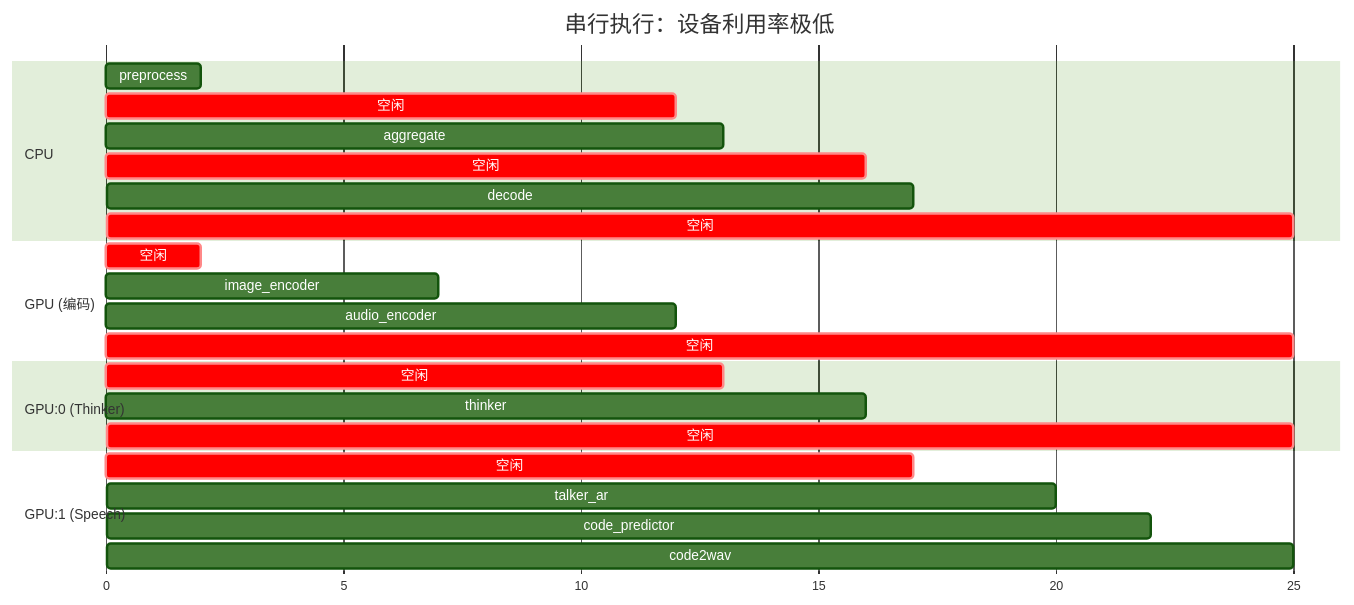
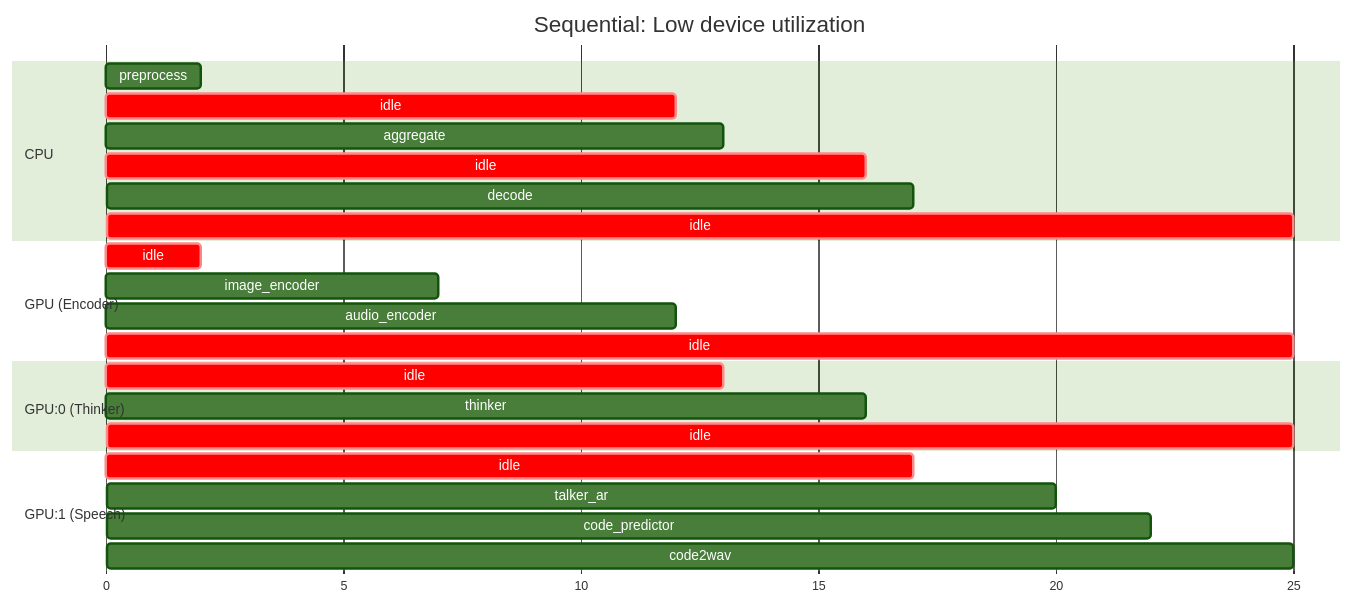
One commit to zhaochenyang20/Awesome-ML-SYS-Tutorial changed the ninth of 31 diagrams in sglang/sglang-omni/README.md. Above: the diagram before and after it, drawn with Mermaid (forest theme). The commit also changed other lines of this file, not shown here.

First line of the commit message:
style: use English in all Mermaid diagrams, fix broken links, simplify oversized charts

````diff
--- a/sglang/sglang-omni/README.md
+++ b/sglang/sglang-omni/README.md
@@ -368,31 +343,31 @@
 ```mermaid
 gantt
-    title 串行执行：设备利用率极低
+    title Sequential: Low device utilization
     dateFormat X
     axisFormat %s
 
     section CPU
     preprocess       :a1, 0, 2
-    空闲              :crit, a2, 2, 12
+    idle              :crit, a2, 2, 12
     aggregate        :a3, 12, 13
-    空闲              :crit, a4, 13, 16
+    idle              :crit, a4, 13, 16
     decode           :a5, 16, 17
-    空闲              :crit, a6, 17, 25
+    idle              :crit, a6, 17, 25
 
-    section GPU (编码)
-    空闲              :crit, b1, 0, 2
+    section GPU (Encoder)
+    idle              :crit, b1, 0, 2
     image_encoder    :b2, 2, 7
     audio_encoder    :b3, 7, 12
-    空闲              :crit, b4, 12, 25
+    idle              :crit, b4, 12, 25
 
     section GPU:0 (Thinker)
-    空闲              :crit, c1, 0, 13
+    idle              :crit, c1, 0, 13
     thinker          :c2, 13, 16
-    空闲              :crit, c3, 16, 25
+    idle              :crit, c3, 16, 25
 
     section GPU:1 (Speech)
-    空闲              :crit, d1, 0, 17
+    idle              :crit, d1, 0, 17
     talker_ar        :d2, 17, 20
     code_predictor   :d3, 20, 22
     code2wav         :d4, 22, 25
 ```
````
